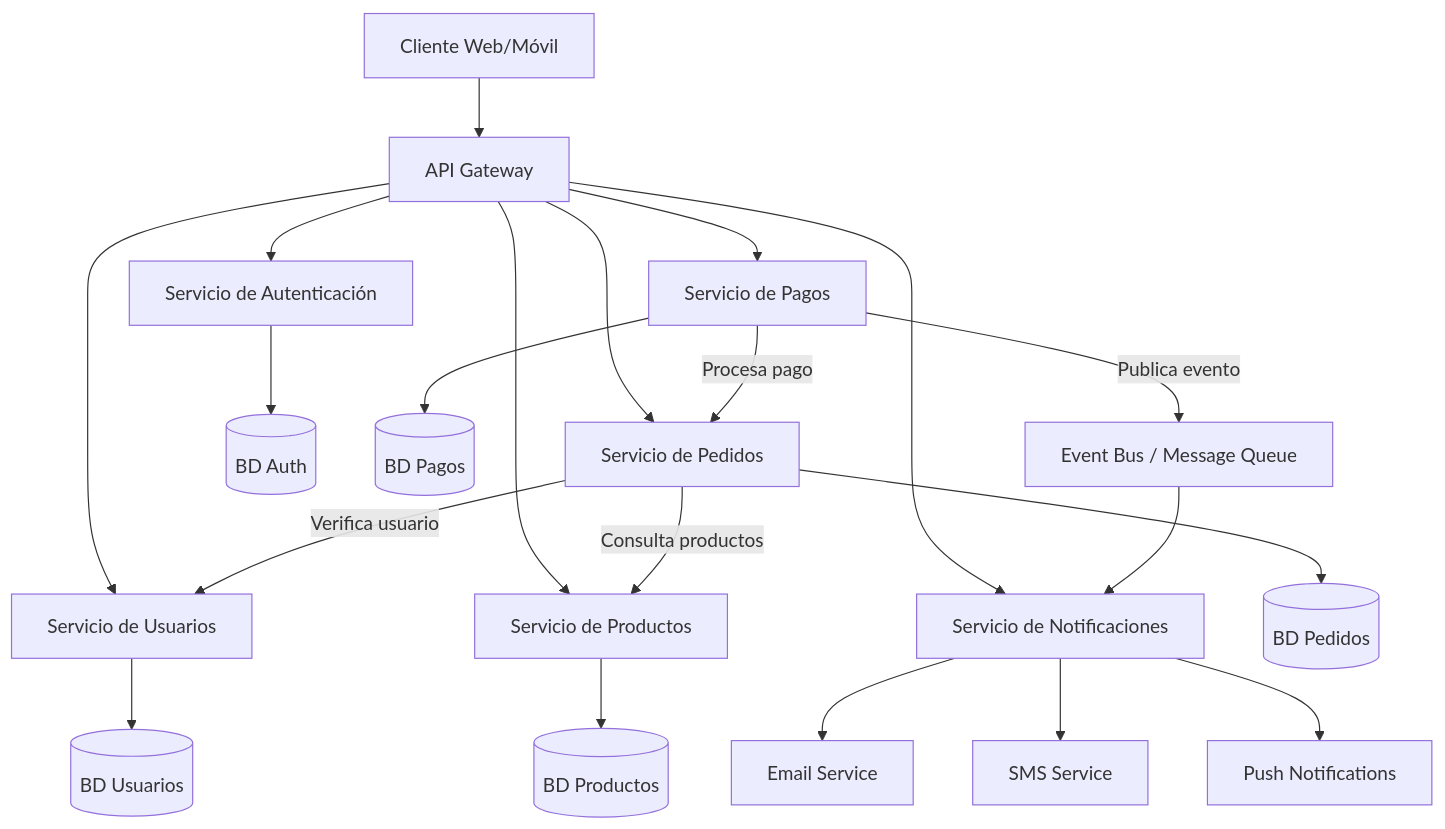
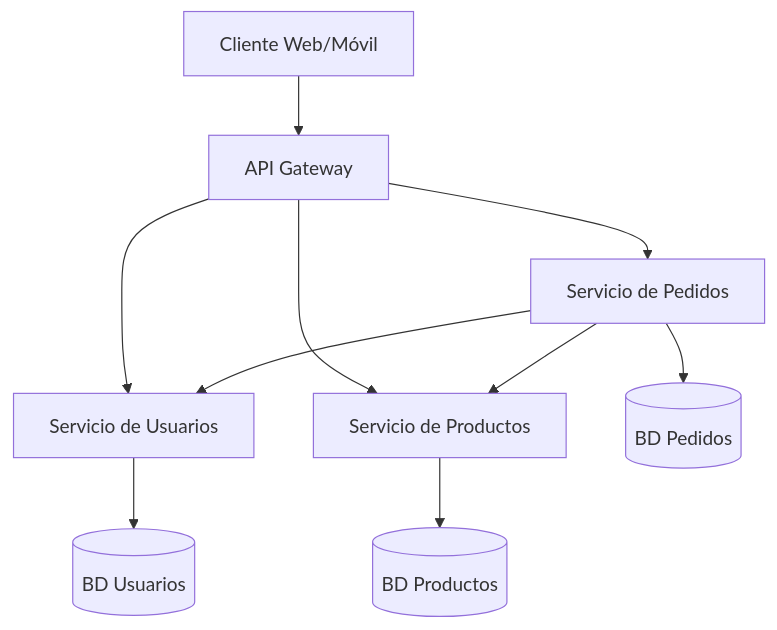
Before and after one commit to aialphanovatide/software-architecture-guide: the diagram in docs/architecture/microservices/index.md, drawn with Mermaid. The commit also changed other lines of this file and 5 other files, not shown here.

````diff
--- a/docs/architecture/microservices/index.md
+++ b/docs/architecture/microservices/index.md
@@ -56,26 +16,12 @@
 ```mermaid
 graph TD
-    Client[Cliente Web/Móvil] --> API[API Gateway]
-    API --> Auth[Servicio de Autenticación]
-    API --> User[Servicio de Usuarios]
-    API --> Order[Servicio de Pedidos]
-    API --> Product[Servicio de Productos]
-    API --> Payment[Servicio de Pagos]
-    API --> Notification[Servicio de Notificaciones]
-    
-    Auth --> AuthDB[(BD Auth)]
-    User --> UserDB[(BD Usuarios)]
-    Order --> OrderDB[(BD Pedidos)]
-    Product --> ProductDB[(BD Productos)]
-    Payment --> PaymentDB[(BD Pagos)]
-    
-    Order -- Consulta productos --> Product
-    Order -- Verifica usuario --> User
-    Payment -- Procesa pago --> Order
-    Payment -- Publica evento --> EventBus
-    
-    EventBus[Event Bus / Message Queue] --> Notification
-    Notification --> Email[Email Service]
-    Notification --> SMS[SMS Service]
-    Notification --> Push[Push Notifications]
+    Cliente[Cliente Web/Móvil] --> API[API Gateway]
+    API --> Usuarios[Servicio de Usuarios]
+    API --> Productos[Servicio de Productos]
+    API --> Pedidos[Servicio de Pedidos]
+    Usuarios --> UsuariosDB[(BD Usuarios)]
+    Productos --> ProductosDB[(BD Productos)]
+    Pedidos --> PedidosDB[(BD Pedidos)]
+    Pedidos --> Productos
+    Pedidos --> Usuarios
 ```
````
